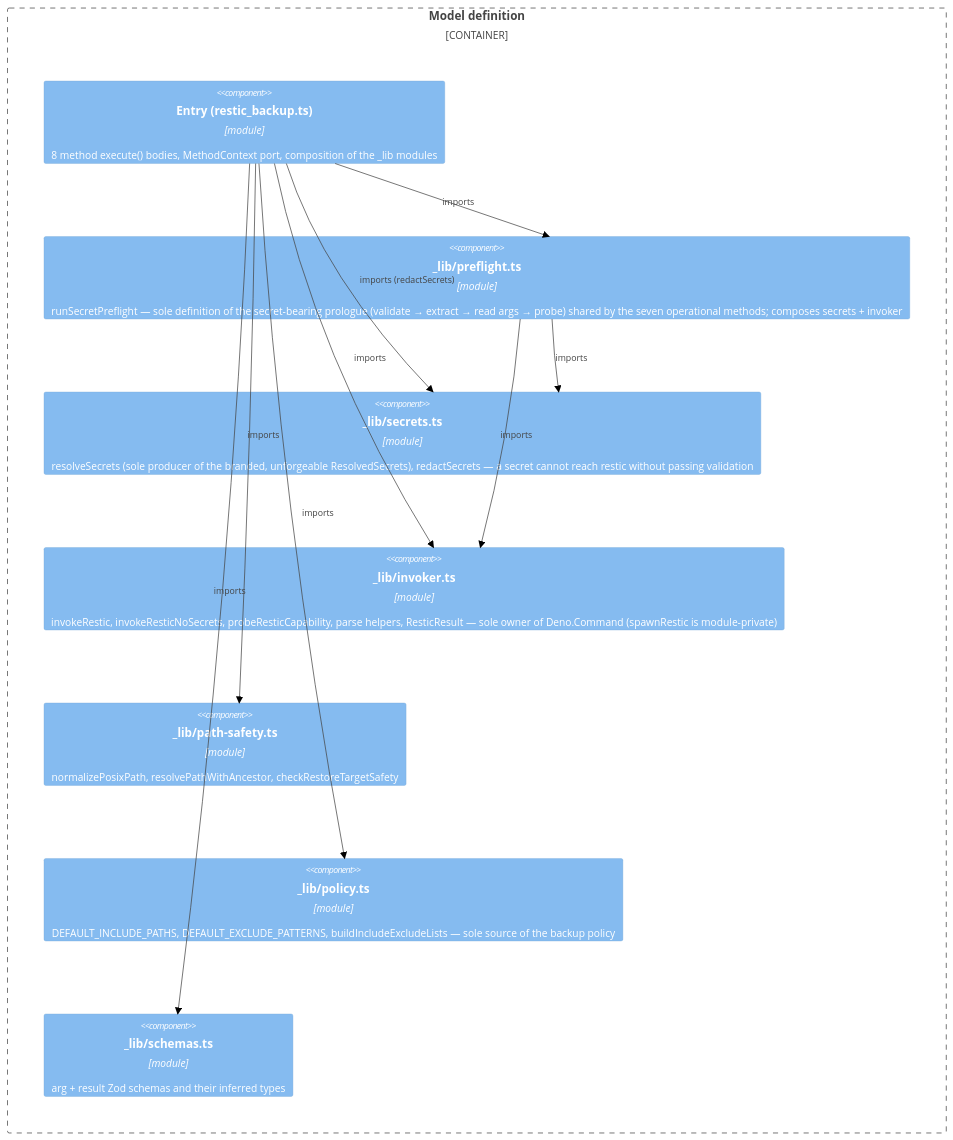
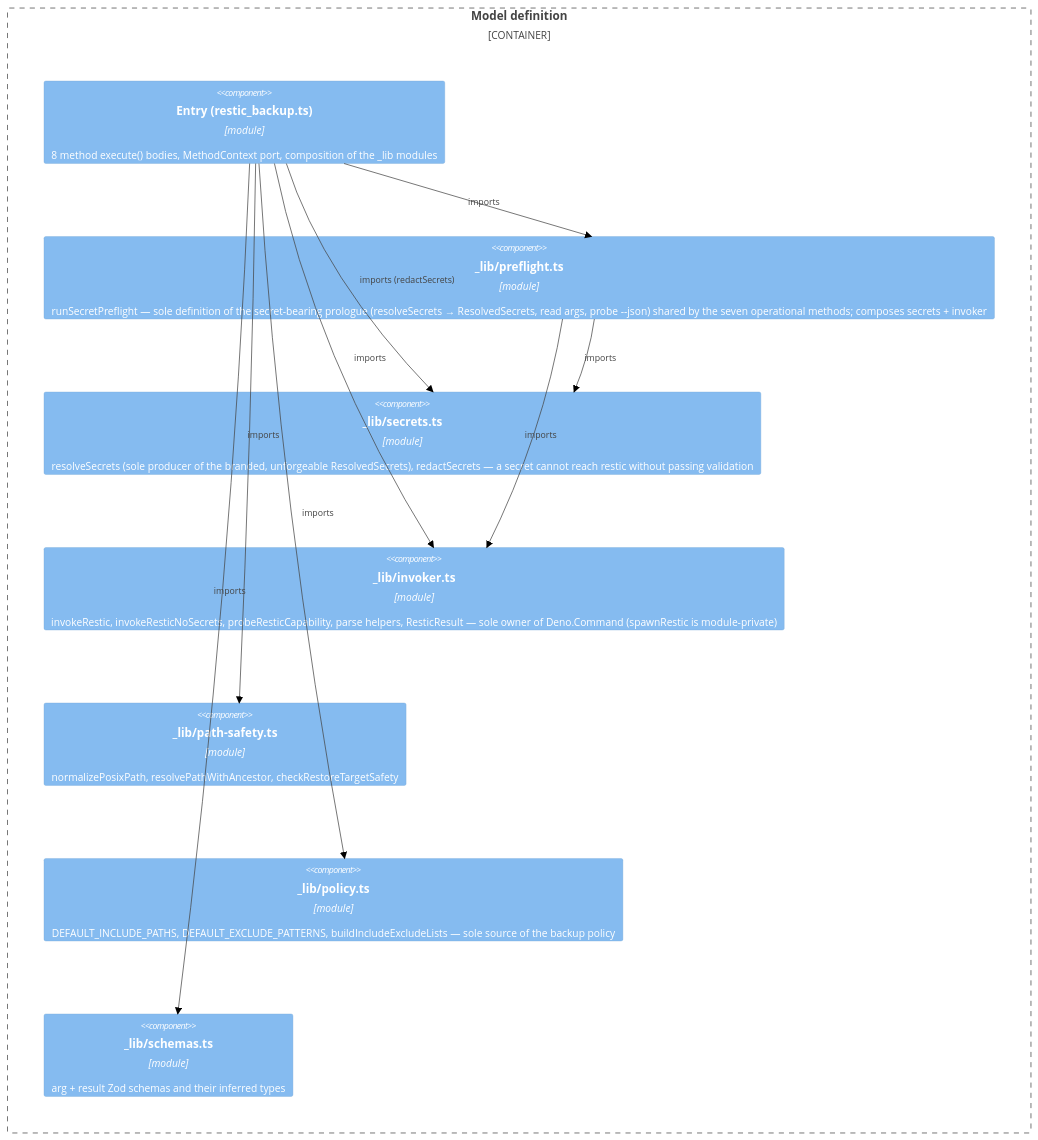
The third of 3 diagrams in docs/architecture.md (Atalanta/swamp-restic-backup), drawn with Mermaid (neutral theme) before and after one commit. The commit also changed 2 other files, not shown here.

Commit message:
[#4] Docs: Finish C4 + schemas comment updates for the branded type
Code-review cycle 3 (both low): the secrets component was updated last
cycle, but two references to the old split model remained.

ARCH-1: the preflight component/relationship text in docs/architecture.md
and workspace.dsl still said "validate → extract" / "validates + extracts".
Updated to "resolveSecrets → ResolvedSecrets" and "resolves (validate +
brand)" so the C4 model matches the code.

IDIOM-1: the schemas.ts module header listed "ResticSecrets (owned by
secrets.ts)"; renamed to ResolvedSecrets.

The ticket files (docs/tickets/4, 7) intentionally keep the old names —
they describe the before-state.

````diff
--- a/docs/architecture.md
+++ b/docs/architecture.md
@@ -54,21 +54,21 @@
 ```mermaid
 C4Component
     Container_Boundary(model, "Model definition") {
         Component(methods, "Entry (restic_backup.ts)", "module", "8 method execute() bodies, MethodContext port, composition of the _lib modules")
-        Component(preflight, "_lib/preflight.ts", "module", "runSecretPreflight — sole definition of the secret-bearing prologue (validate → extract → read args → probe) shared by the seven operational methods; composes secrets + invoker")
+        Component(preflight, "_lib/preflight.ts", "module", "runSecretPreflight — sole definition of the secret-bearing prologue (resolveSecrets → ResolvedSecrets, read args, probe --json) shared by the seven operational methods; composes secrets + invoker")
         Component(secrets, "_lib/secrets.ts", "module", "resolveSecrets (sole producer of the branded, unforgeable ResolvedSecrets), redactSecrets — a secret cannot reach restic without passing validation")
         Component(invoker, "_lib/invoker.ts", "module", "invokeRestic, invokeResticNoSecrets, probeResticCapability, parse helpers, ResticResult — sole owner of Deno.Command (spawnRestic is module-private)")
         Component(pathsafety, "_lib/path-safety.ts", "module", "normalizePosixPath, resolvePathWithAncestor, checkRestoreTargetSafety")
         Component(policy, "_lib/policy.ts", "module", "DEFAULT_INCLUDE_PATHS, DEFAULT_EXCLUDE_PATTERNS, buildIncludeExcludeLists — sole source of the backup policy")
         Component(schemas, "_lib/schemas.ts", "module", "arg + result Zod schemas and their inferred types")
     }
 
     Rel(methods, preflight, "imports")
     Rel(methods, secrets, "imports (redactSecrets)")
     Rel(methods, invoker, "imports")
     Rel(methods, pathsafety, "imports")
     Rel(methods, policy, "imports")
     Rel(methods, schemas, "imports")
     Rel(preflight, secrets, "imports")
     Rel(preflight, invoker, "imports")
 ```
````
